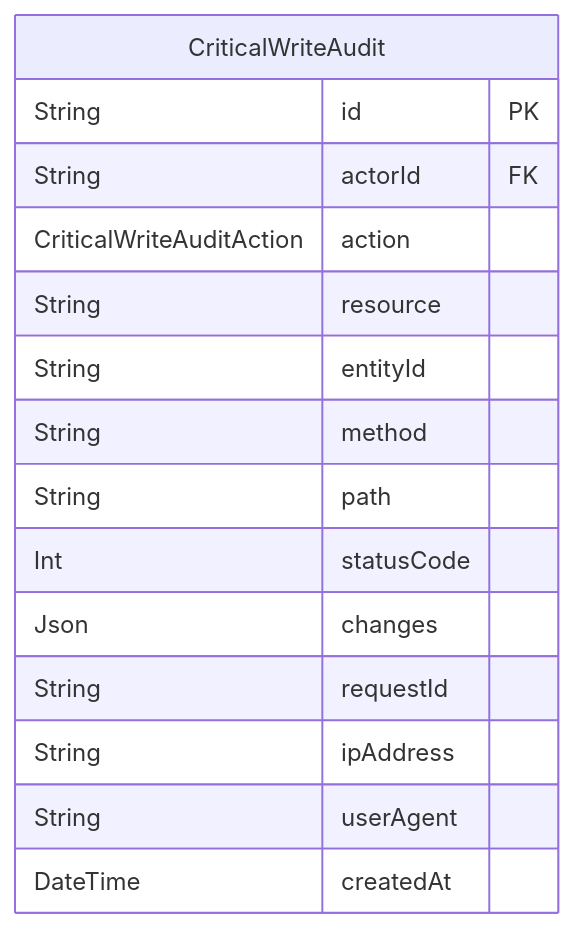
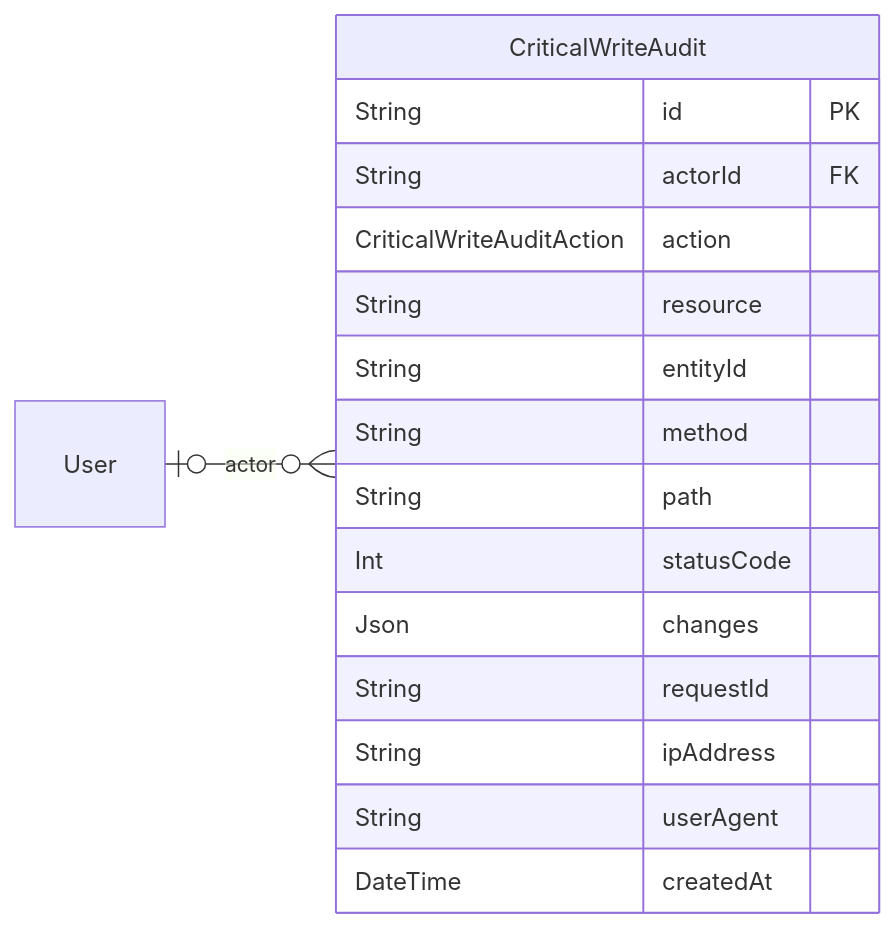
One commit to gpgsistemas01/nexus changed the third of 26 diagrams in docs/architecture/views/logical/data-and-persistence/generated/database-schema.md. Above: the diagram before and after it, drawn with Mermaid. The commit also changed other lines of this file and 3 other files, not shown here.

Commit message:
docs: corregir relaciones del ER y retirar capturas pendientes

````diff
--- a/docs/architecture/views/logical/data-and-persistence/generated/database-schema.md
+++ b/docs/architecture/views/logical/data-and-persistence/generated/database-schema.md
@@ -67,20 +107,20 @@
 ```mermaid
 erDiagram
     direction LR
     CriticalWriteAudit {
         String id PK
         String actorId FK
         CriticalWriteAuditAction action
         String resource
         String entityId
         String method
         String path
         Int statusCode
         Json changes
         String requestId
         String ipAddress
         String userAgent
         DateTime createdAt
     }
-
+    User o|--o{ CriticalWriteAudit : "actor"
 ```
````
